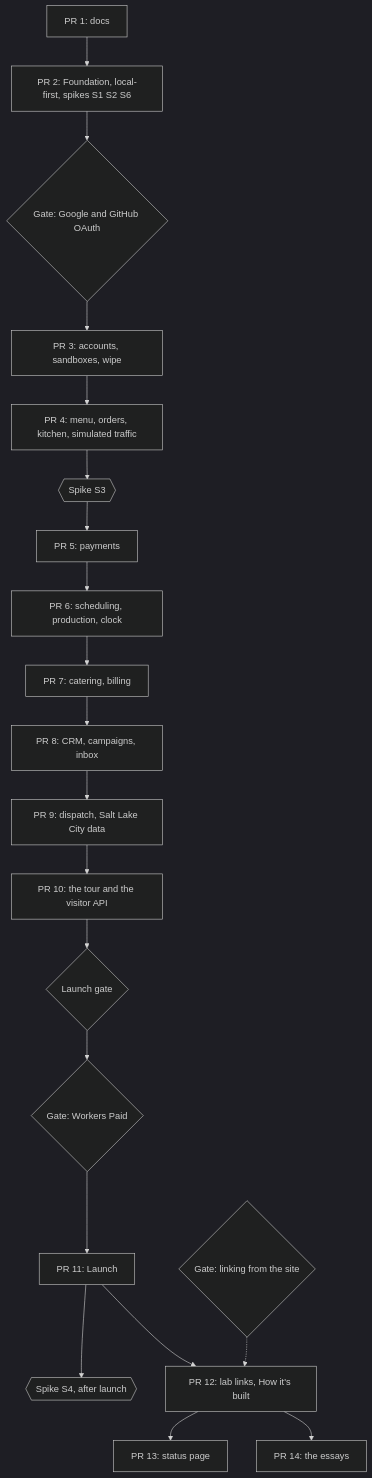
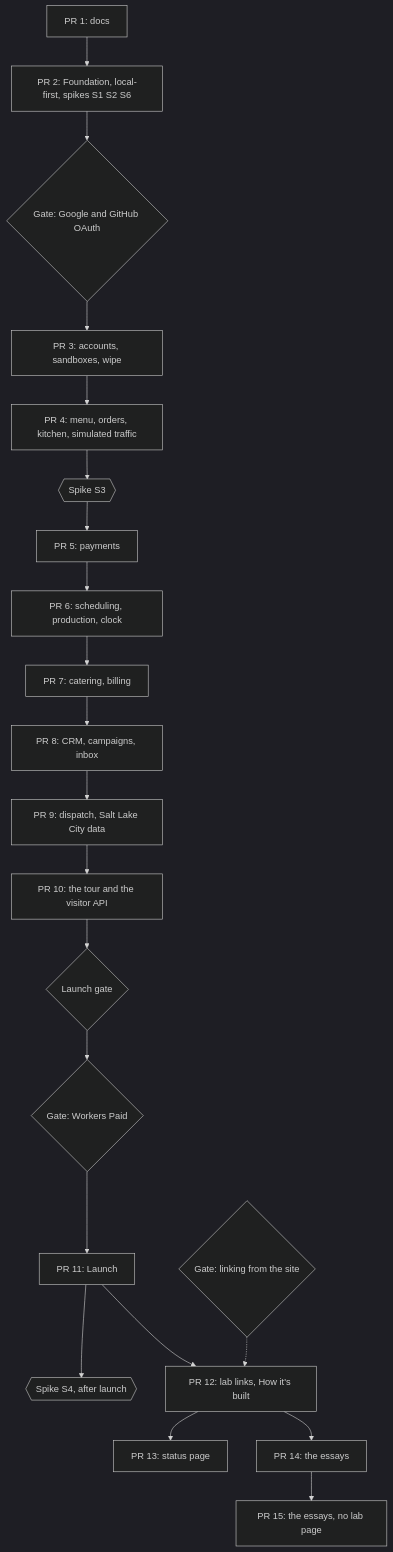
The diagram in docs/roadmap.md (IHaveASegway/bakery), drawn with Mermaid (dark theme) before and after one commit. The commit also changed other lines of this file and 4 other files, not shown here.

````diff
--- a/docs/roadmap.md
+++ b/docs/roadmap.md
@@ -69,13 +70,13 @@
 ```mermaid
 flowchart TB
   P1["PR 1: docs"] --> P2["PR 2: Foundation, local-first, spikes S1 S2 S6"]
   P2 --> OG{"Gate: Google and GitHub OAuth"} --> P3["PR 3: accounts, sandboxes, wipe"] --> P4["PR 4: menu, orders, kitchen, simulated traffic"]
   P4 --> S3{{"Spike S3"}} --> P5["PR 5: payments"]
   P5 --> P6["PR 6: scheduling, production, clock"] --> P7["PR 7: catering, billing"] --> P8["PR 8: CRM, campaigns, inbox"] --> P9["PR 9: dispatch, Salt Lake City data"]
   P9 --> P10["PR 10: the tour and the visitor API"]
   P10 --> LG{"Launch gate"} --> WP{"Gate: Workers Paid"} --> P11["PR 11: Launch"]
   P11 --> S4{{"Spike S4, after launch"}}
   LG2{"Gate: linking from the site"} -.-> P12
   P11 --> P12["PR 12: lab links, How it's built"] --> P13["PR 13: status page"]
-  P12 --> P14["PR 14: the essays"]
+  P12 --> P14["PR 14: the essays"] --> P15["PR 15: the essays, no lab page"]
 ```
````
